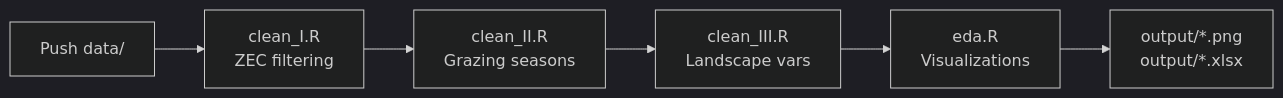
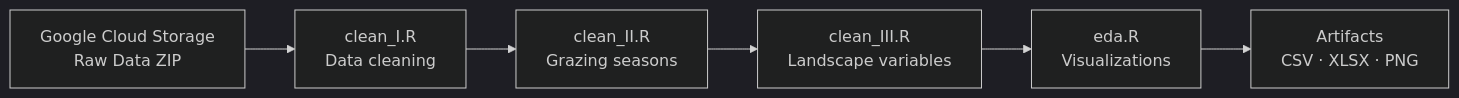
Before and after one commit to ASalonio/GPSDataProcessing: the diagram in README.md, drawn with Mermaid (dark theme). The commit also changed other lines of this file, not shown here.

`````diff
--- a/README.md
+++ b/README.md
@@ -26,8 +79,8 @@
 ````mermaid
 graph LR
-    A[Push data/] --> B[clean_I.R<br/>ZEC filtering]
+    A[Google Cloud Storage<br/>Raw Data ZIP] --> B[clean_I.R<br/>Data cleaning]
     B --> C[clean_II.R<br/>Grazing seasons]
-    C --> D[clean_III.R<br/>Landscape vars]
+    C --> D[clean_III.R<br/>Landscape variables]
     D --> E[eda.R<br/>Visualizations]
-    E --> F[output/*.png<br/>output/*.xlsx]
+    E --> F[Artifacts<br/>CSV · XLSX · PNG]
 ````
`````
